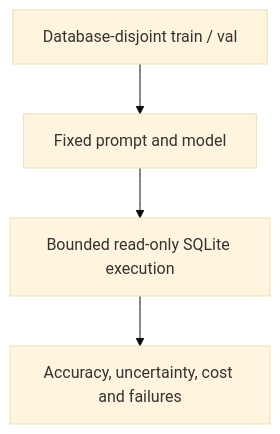
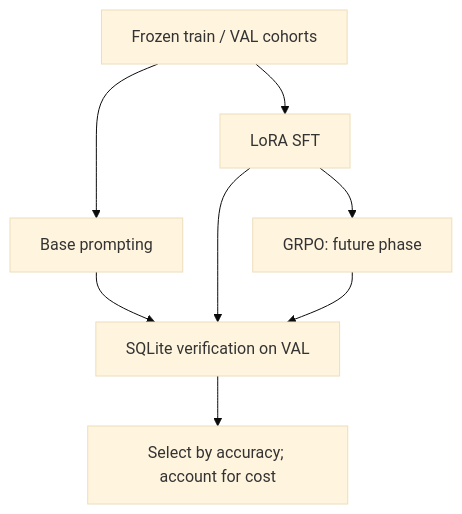
Before and after one commit to Jill-Vekariya/sql-execution-grpo: the diagram in README.md, drawn with Mermaid (base theme). The commit also changed other lines of this file and 41 other files, not shown here.

````diff
--- a/README.md
+++ b/README.md
@@ -25,6 +23,10 @@
 ```mermaid
 flowchart TD
-  D["Database-disjoint train / val"] --> P["Fixed prompt and model"]
-  P --> X["Bounded read-only SQLite execution"]
-  X --> E["Accuracy, uncertainty, cost and failures"]
+  T["Frozen train / VAL cohorts"] --> B["Base prompting"]
+  T --> S["LoRA SFT"]
+  S --> R["GRPO: future phase"]
+  B --> E["SQLite verification on VAL"]
+  S --> E
+  R --> E
+  E --> C["Select by accuracy; account for cost"]
 ```
````
